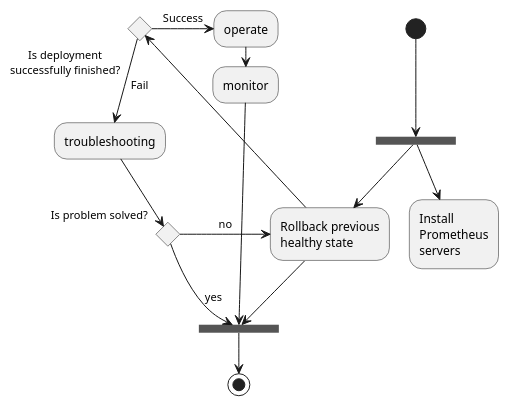
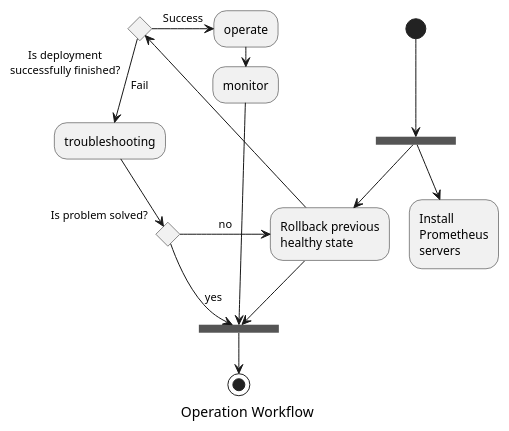
One commit to lordoftheflies/prometheus_role changed the first of 2 diagrams in README.md. Above: the diagram before and after it, drawn with PlantUML. The commit also changed other lines of this file, not shown here.

````diff
--- a/README.md
+++ b/README.md
@@ -13,19 +40,20 @@
 ```plantuml
 @startuml
+caption Operation Workflow
 (*) --> ===b===
 ===b=== --> "Install\nPrometheus\nservers"
 ===b=== --> "Rollback previous\nhealthy state"
 if "Is deployment\nsuccessfully finished?" then
 -> [Success] operate
 -> monitor
 --> ===e===
 else
 --> [Fail] troubleshooting
 if "Is problem solved?" then
 -> [yes] ===e===
 else
 -> [no] "Rollback previous\nhealthy state"
 "Rollback previous\nhealthy state" --> ===e===
 ===e=== --> (*)
 @enduml
 ```
````
